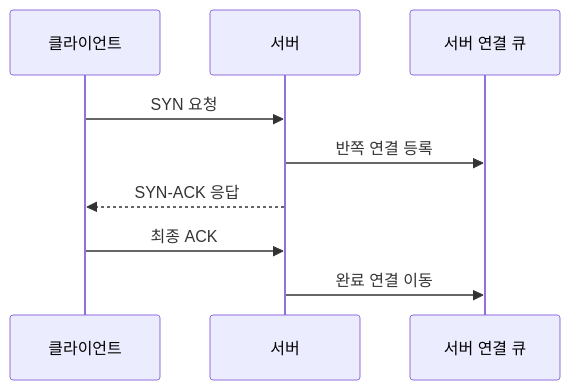
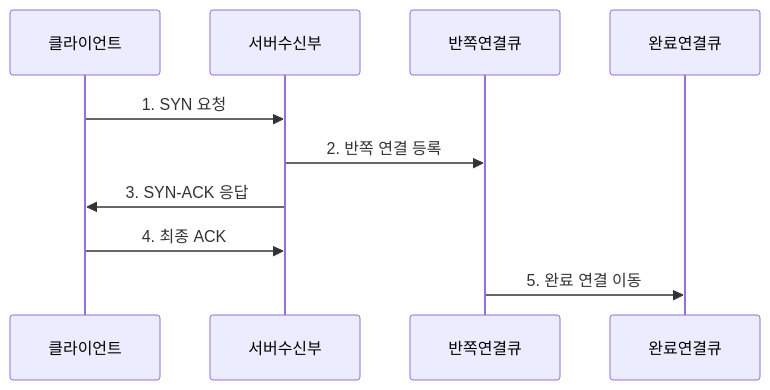
Before and after one commit to agnusdei1207/knowledge-base: the second of 2 diagrams in src/content/docs/notes/04-network/022_tcp_3_way_handshake.md, drawn with Mermaid. The commit also changed other lines of this file and 20 other files, not shown here.

````diff
--- a/src/content/docs/notes/04-network/022_tcp_3_way_handshake.md
+++ b/src/content/docs/notes/04-network/022_tcp_3_way_handshake.md
@@ -89,11 +86,12 @@
 ```mermaid
 sequenceDiagram
-    participant C as 클라이언트
-    participant S as 서버
-    participant Q as 서버 연결 큐
-    C->>S: SYN 요청
-    S->>Q: 반쪽 연결 등록
-    S-->>C: SYN-ACK 응답
-    C->>S: 최종 ACK
-    S->>Q: 완료 연결 이동
+    participant 클라이언트
+    participant 서버수신부
+    participant 반쪽연결큐
+    participant 완료연결큐
+    클라이언트->>서버수신부: 1. SYN 요청
+    서버수신부->>반쪽연결큐: 2. 반쪽 연결 등록
+    서버수신부->>클라이언트: 3. SYN-ACK 응답
+    클라이언트->>서버수신부: 4. 최종 ACK
+    반쪽연결큐->>완료연결큐: 5. 완료 연결 이동
 ```
````
